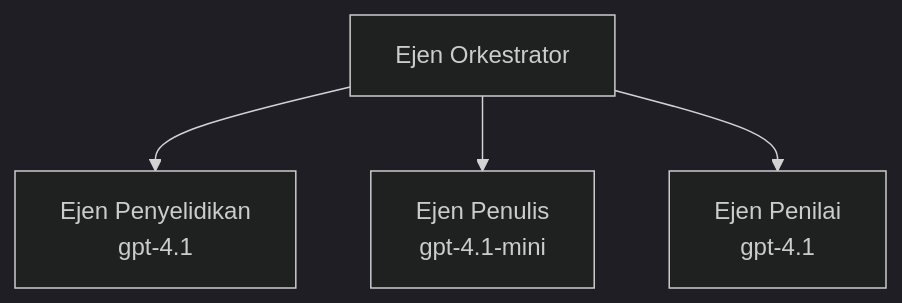
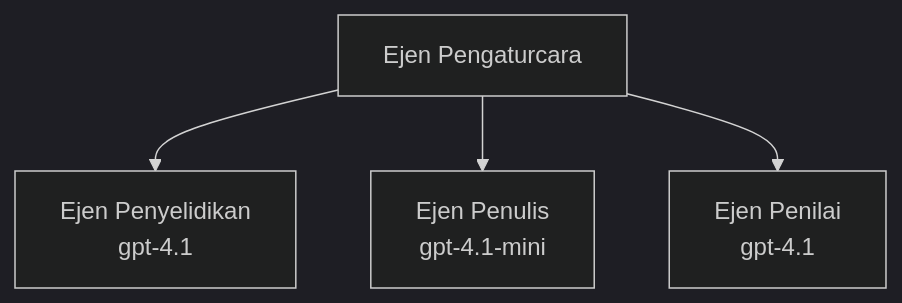
Before and after one commit to microsoft/AZD-for-beginners: the third of 3 diagrams in translations/ms/docs/chapter-02-ai-development/agents.md, drawn with Mermaid (dark theme). The commit also changed other lines of this file and 58 other files, not shown here.

````diff
--- a/translations/ms/docs/chapter-02-ai-development/agents.md
+++ b/translations/ms/docs/chapter-02-ai-development/agents.md
@@ -201,6 +201,6 @@
 ```mermaid
 graph TD
-    Orchestrator[Ejen Orkestrator] --> Research[Ejen Penyelidikan<br/>gpt-4.1]
+    Orchestrator[Ejen Pengaturcara] --> Research[Ejen Penyelidikan<br/>gpt-4.1]
     Orchestrator --> Writer[Ejen Penulis<br/>gpt-4.1-mini]
     Orchestrator --> Reviewer[Ejen Penilai<br/>gpt-4.1]
 ```
````
